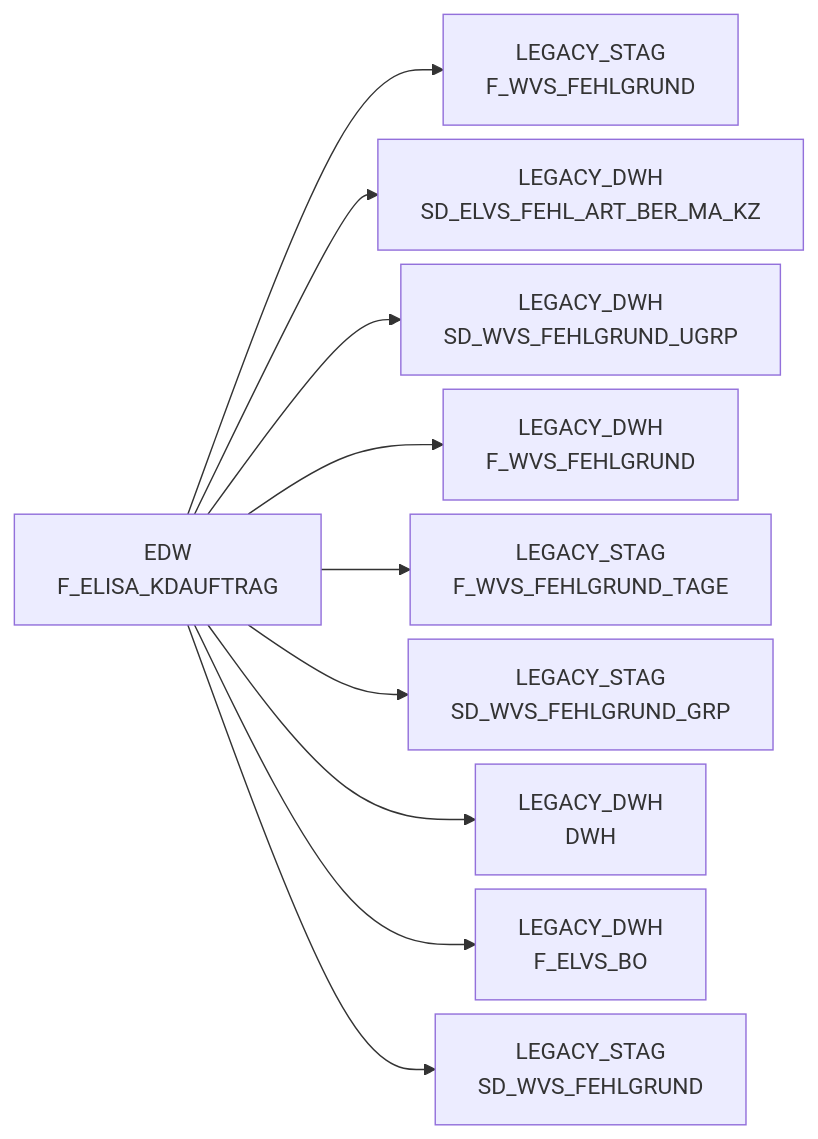
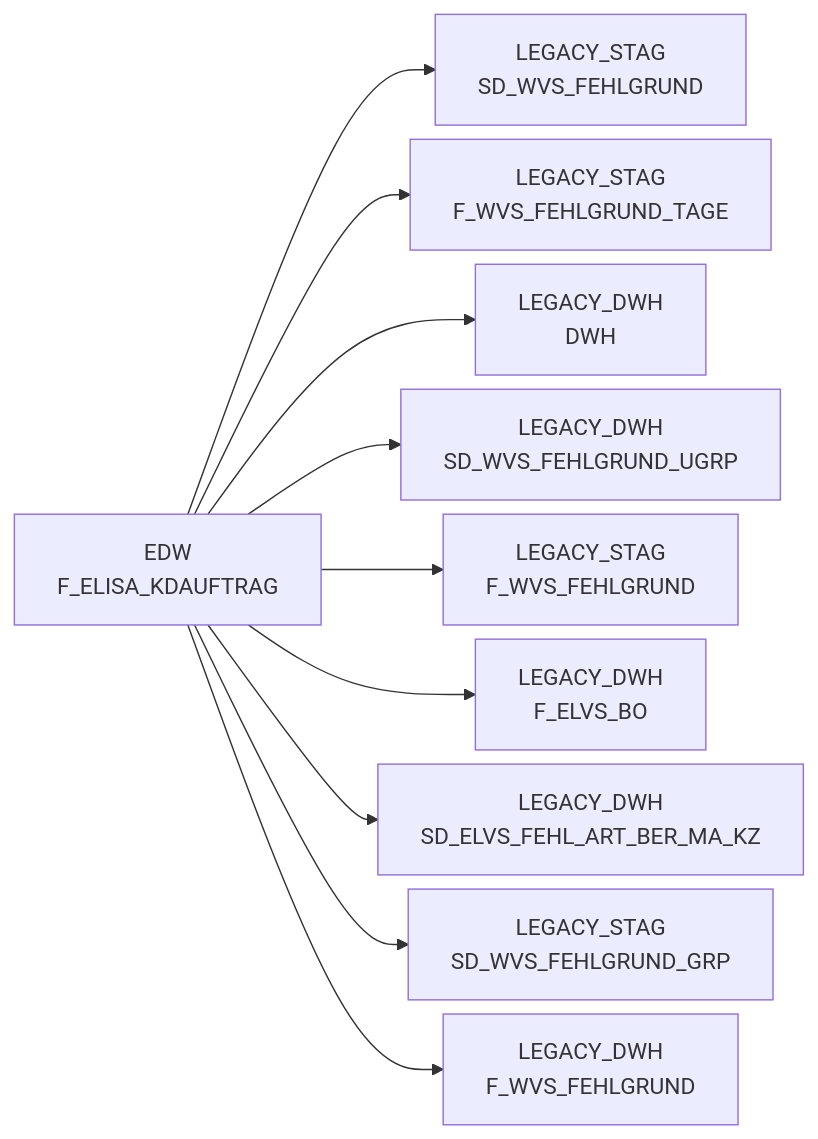
The diagram in docs/Tables/EDW/F_ELISA_KDAUFTRAG.md (integration-factory-de/sas_code_docs), drawn with Mermaid before and after one commit. The commit also changed other lines of this file and 129 other files, not shown here.

````diff
--- a/docs/Tables/EDW/F_ELISA_KDAUFTRAG.md
+++ b/docs/Tables/EDW/F_ELISA_KDAUFTRAG.md
@@ -9,33 +15,33 @@
 ```mermaid
 %%{init: {'flowchart': { 'nodeSpacing': 10, 'rankSpacing': 40, 'rankdir': 'TB' }}}%%
 
 flowchart LR
 
+  EDW.F_ELISA_KDAUFTRAG["EDW<br/>F_ELISA_KDAUFTRAG"] --> LEGACY_STAG.SD_WVS_FEHLGRUND["LEGACY_STAG<br/>SD_WVS_FEHLGRUND"]
+  EDW.F_ELISA_KDAUFTRAG["EDW<br/>F_ELISA_KDAUFTRAG"] --> LEGACY_STAG.F_WVS_FEHLGRUND_TAGE["LEGACY_STAG<br/>F_WVS_FEHLGRUND_TAGE"]
+  EDW.F_ELISA_KDAUFTRAG["EDW<br/>F_ELISA_KDAUFTRAG"] --> LEGACY_DWH.DWH["LEGACY_DWH<br/>DWH"]
+  EDW.F_ELISA_KDAUFTRAG["EDW<br/>F_ELISA_KDAUFTRAG"] --> LEGACY_DWH.SD_WVS_FEHLGRUND_UGRP["LEGACY_DWH<br/>SD_WVS_FEHLGRUND_UGRP"]
   EDW.F_ELISA_KDAUFTRAG["EDW<br/>F_ELISA_KDAUFTRAG"] --> LEGACY_STAG.F_WVS_FEHLGRUND["LEGACY_STAG<br/>F_WVS_FEHLGRUND"]
+  EDW.F_ELISA_KDAUFTRAG["EDW<br/>F_ELISA_KDAUFTRAG"] --> LEGACY_DWH.F_ELVS_BO["LEGACY_DWH<br/>F_ELVS_BO"]
   EDW.F_ELISA_KDAUFTRAG["EDW<br/>F_ELISA_KDAUFTRAG"] --> LEGACY_DWH.SD_ELVS_FEHL_ART_BER_MA_KZ["LEGACY_DWH<br/>SD_ELVS_FEHL_ART_BER_MA_KZ"]
-  EDW.F_ELISA_KDAUFTRAG["EDW<br/>F_ELISA_KDAUFTRAG"] --> LEGACY_DWH.SD_WVS_FEHLGRUND_UGRP["LEGACY_DWH<br/>SD_WVS_FEHLGRUND_UGRP"]
+  EDW.F_ELISA_KDAUFTRAG["EDW<br/>F_ELISA_KDAUFTRAG"] --> LEGACY_STAG.SD_WVS_FEHLGRUND_GRP["LEGACY_STAG<br/>SD_WVS_FEHLGRUND_GRP"]
   EDW.F_ELISA_KDAUFTRAG["EDW<br/>F_ELISA_KDAUFTRAG"] --> LEGACY_DWH.F_WVS_FEHLGRUND["LEGACY_DWH<br/>F_WVS_FEHLGRUND"]
-  EDW.F_ELISA_KDAUFTRAG["EDW<br/>F_ELISA_KDAUFTRAG"] --> LEGACY_STAG.F_WVS_FEHLGRUND_TAGE["LEGACY_STAG<br/>F_WVS_FEHLGRUND_TAGE"]
-  EDW.F_ELISA_KDAUFTRAG["EDW<br/>F_ELISA_KDAUFTRAG"] --> LEGACY_STAG.SD_WVS_FEHLGRUND_GRP["LEGACY_STAG<br/>SD_WVS_FEHLGRUND_GRP"]
-  EDW.F_ELISA_KDAUFTRAG["EDW<br/>F_ELISA_KDAUFTRAG"] --> LEGACY_DWH.DWH["LEGACY_DWH<br/>DWH"]
-  EDW.F_ELISA_KDAUFTRAG["EDW<br/>F_ELISA_KDAUFTRAG"] --> LEGACY_DWH.F_ELVS_BO["LEGACY_DWH<br/>F_ELVS_BO"]
-  EDW.F_ELISA_KDAUFTRAG["EDW<br/>F_ELISA_KDAUFTRAG"] --> LEGACY_STAG.SD_WVS_FEHLGRUND["LEGACY_STAG<br/>SD_WVS_FEHLGRUND"]
   click EDW.F_ELISA_KDAUFTRAG "../../tables/EDW/F_ELISA_KDAUFTRAG"
   click EDW.F_ELISA_KDAUFTRAG "../../tables/EDW/F_ELISA_KDAUFTRAG"
   click EDW.F_ELISA_KDAUFTRAG "../../tables/EDW/F_ELISA_KDAUFTRAG"
   click EDW.F_ELISA_KDAUFTRAG "../../tables/EDW/F_ELISA_KDAUFTRAG"
   click EDW.F_ELISA_KDAUFTRAG "../../tables/EDW/F_ELISA_KDAUFTRAG"
   click EDW.F_ELISA_KDAUFTRAG "../../tables/EDW/F_ELISA_KDAUFTRAG"
   click EDW.F_ELISA_KDAUFTRAG "../../tables/EDW/F_ELISA_KDAUFTRAG"
   click EDW.F_ELISA_KDAUFTRAG "../../tables/EDW/F_ELISA_KDAUFTRAG"
   click EDW.F_ELISA_KDAUFTRAG "../../tables/EDW/F_ELISA_KDAUFTRAG"
+  click LEGACY_STAG.SD_WVS_FEHLGRUND "../../tables/LEGACY_STAG/SD_WVS_FEHLGRUND"
+  click LEGACY_STAG.F_WVS_FEHLGRUND_TAGE "../../tables/LEGACY_STAG/F_WVS_FEHLGRUND_TAGE"
+  click LEGACY_DWH.DWH "../../tables/LEGACY_DWH/DWH"
+  click LEGACY_DWH.SD_WVS_FEHLGRUND_UGRP "../../tables/LEGACY_DWH/SD_WVS_FEHLGRUND_UGRP"
   click LEGACY_STAG.F_WVS_FEHLGRUND "../../tables/LEGACY_STAG/F_WVS_FEHLGRUND"
+  click LEGACY_DWH.F_ELVS_BO "../../tables/LEGACY_DWH/F_ELVS_BO"
   click LEGACY_DWH.SD_ELVS_FEHL_ART_BER_MA_KZ "../../tables/LEGACY_DWH/SD_ELVS_FEHL_ART_BER_MA_KZ"
-  click LEGACY_DWH.SD_WVS_FEHLGRUND_UGRP "../../tables/LEGACY_DWH/SD_WVS_FEHLGRUND_UGRP"
+  click LEGACY_STAG.SD_WVS_FEHLGRUND_GRP "../../tables/LEGACY_STAG/SD_WVS_FEHLGRUND_GRP"
   click LEGACY_DWH.F_WVS_FEHLGRUND "../../tables/LEGACY_DWH/F_WVS_FEHLGRUND"
-  click LEGACY_STAG.F_WVS_FEHLGRUND_TAGE "../../tables/LEGACY_STAG/F_WVS_FEHLGRUND_TAGE"
-  click LEGACY_STAG.SD_WVS_FEHLGRUND_GRP "../../tables/LEGACY_STAG/SD_WVS_FEHLGRUND_GRP"
-  click LEGACY_DWH.DWH "../../tables/LEGACY_DWH/DWH"
-  click LEGACY_DWH.F_ELVS_BO "../../tables/LEGACY_DWH/F_ELVS_BO"
-  click LEGACY_STAG.SD_WVS_FEHLGRUND "../../tables/LEGACY_STAG/SD_WVS_FEHLGRUND"
 ```
````
